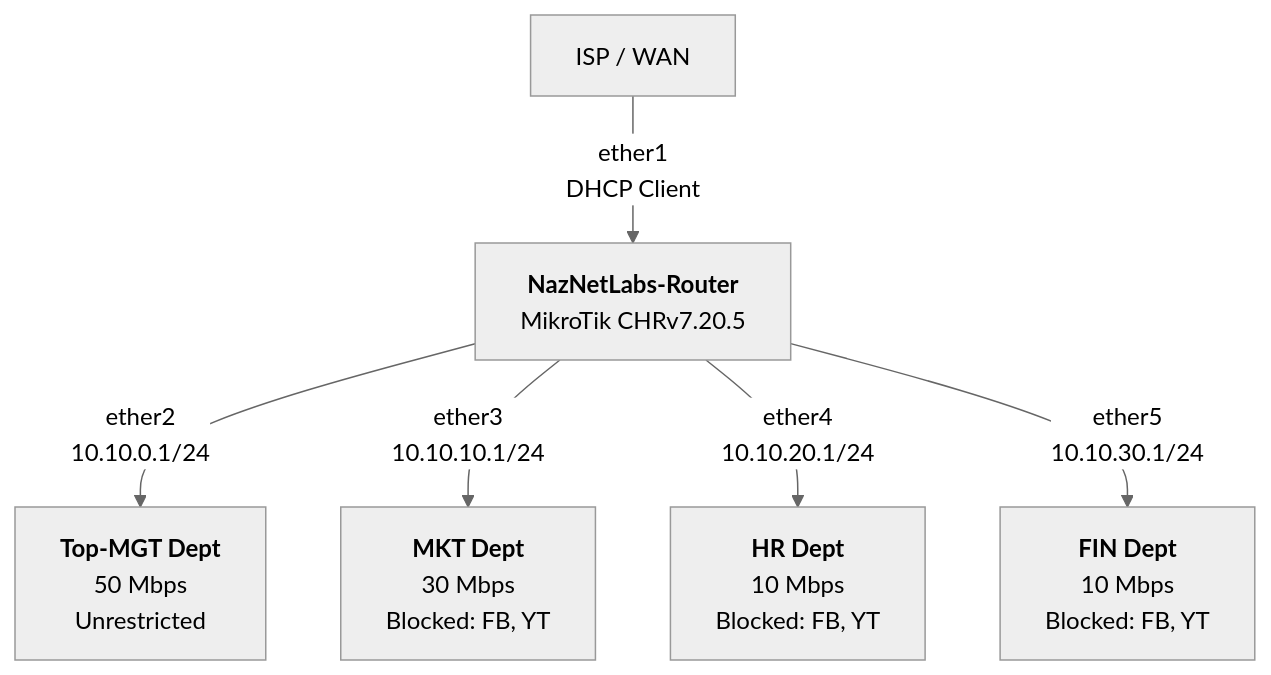
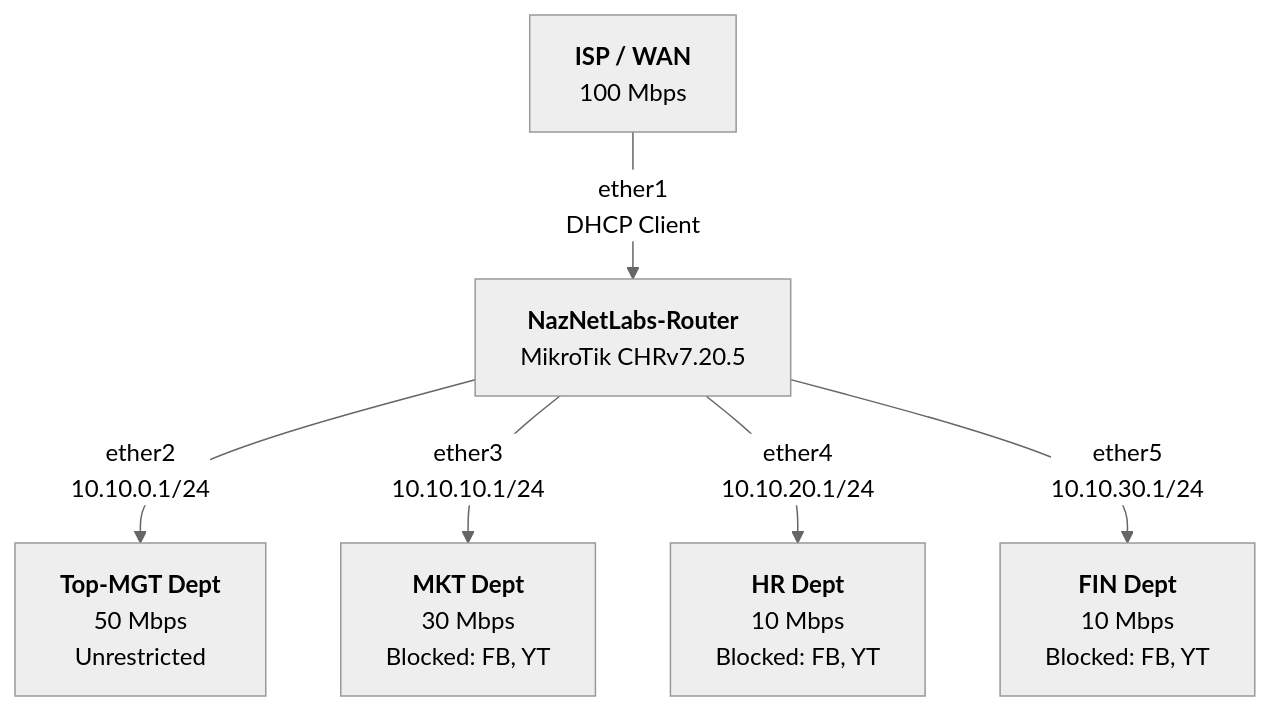
One commit to nazdridoy/NazNetLabs changed the diagram in Mikrotik-Labs/PCQ-Bandwidth-Management-and-Time-Based-Web-Filtering.md. Above: the diagram before and after it, drawn with Mermaid (neutral theme).

Commit message:
update(docs): Update PCQ lab diagram with ISP bandwidth
- [update] Modify 'ISP' node label in Mermaid graph to include "100 Mbps" (Mikrotik-Labs/PCQ-Bandwidth-Management-and-Time-Based-Web-Filtering.md:7)

````diff
--- a/Mikrotik-Labs/PCQ-Bandwidth-Management-and-Time-Based-Web-Filtering.md
+++ b/Mikrotik-Labs/PCQ-Bandwidth-Management-and-Time-Based-Web-Filtering.md
@@ -7,9 +7,9 @@
 ```mermaid
 graph TD
-    ISP[ISP / WAN] -->|ether1<br>DHCP Client| Router[<b>NazNetLabs-Router</b><br>MikroTik CHRv7.20.5]
+    ISP[<b>ISP / WAN</b><br>100 Mbps<br>] -->|ether1<br>DHCP Client| Router[<b>NazNetLabs-Router</b><br>MikroTik CHRv7.20.5]
     
     Router -->|ether2<br>10.10.0.1/24| MGT[<b>Top-MGT Dept</b><br>50 Mbps<br>Unrestricted]
     Router -->|ether3<br>10.10.10.1/24| MKT[<b>MKT Dept</b><br>30 Mbps<br>Blocked: FB, YT]
     Router -->|ether4<br>10.10.20.1/24| HR[<b>HR Dept</b><br>10 Mbps<br>Blocked: FB, YT]
     Router -->|ether5<br>10.10.30.1/24| FIN[<b>FIN Dept</b><br>10 Mbps<br>Blocked: FB, YT]
 ```
````
